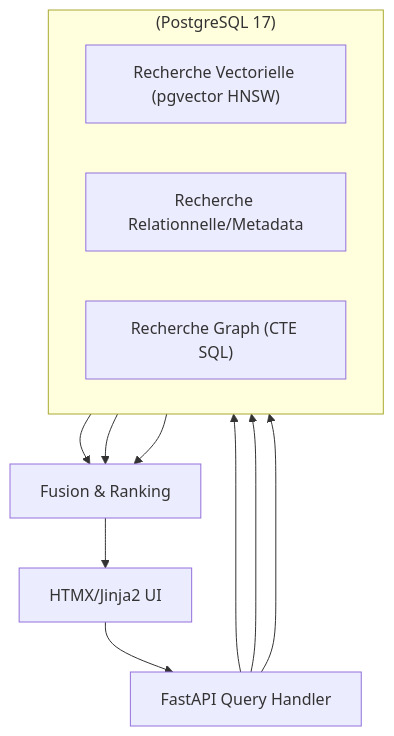
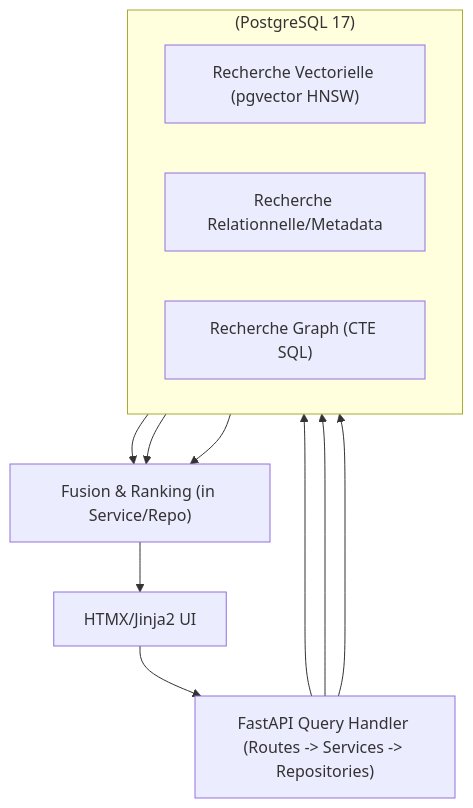
Before and after one commit to giak/mnemo-lite: the second of 3 diagrams in docs/Document Architecture.md, drawn with Mermaid. The commit also changed other lines of this file and 69 other files, not shown here.

````diff
--- a/docs/Document Architecture.md
+++ b/docs/Document Architecture.md
@@ -40,21 +40,21 @@
 ```mermaid
 flowchart TD
-  UI["HTMX/Jinja2 UI"] --> FastAPI_Query["FastAPI Query Handler"]
+  UI["HTMX/Jinja2 UI"] --> FastAPI_Query["FastAPI Query Handler (Routes -> Services -> Repositories)"]
   
   subgraph PostgreSQL_17 ["(PostgreSQL 17)"]
      direction LR
      PG_VectorSearch["Recherche Vectorielle (pgvector HNSW)"]
      PG_SQLSearch["Recherche Relationnelle/Metadata"]
      PG_GraphSearch["Recherche Graph (CTE SQL)"]
   end
 
   FastAPI_Query --> PG_VectorSearch
   FastAPI_Query --> PG_SQLSearch
   FastAPI_Query --> PG_GraphSearch
 
-  PG_VectorSearch --> Fusion["Fusion & Ranking"]
+  PG_VectorSearch --> Fusion["Fusion & Ranking (in Service/Repo)"]
   PG_SQLSearch --> Fusion
   PG_GraphSearch --> Fusion
   
   Fusion --> UI
 ```
````
